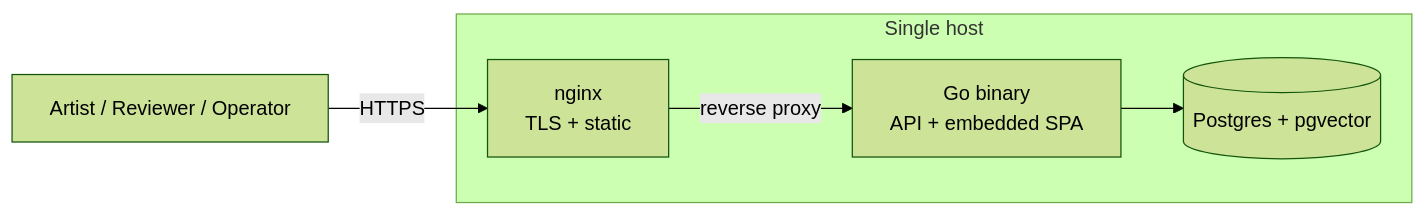
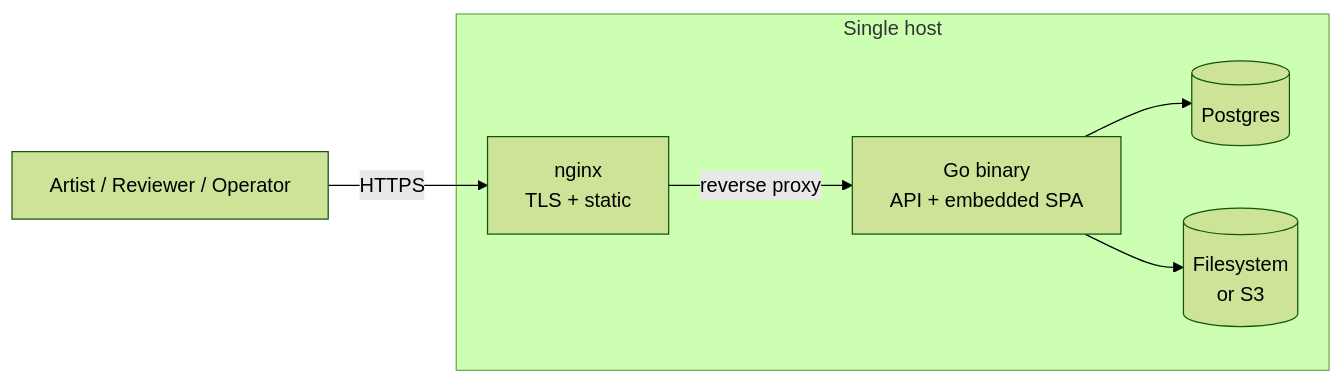
Before and after one commit to Artist-Alley-Org/artist-alley: the diagram in site/src/content/docs/whitepaper/architecture.mdx, drawn with Mermaid (forest theme). The commit also changed other lines of this file and 14 other files, not shown here.

First line of the commit message:
docs+ci: refresh site copy, add roadmap, auto-generate install config, port 18188

````diff
--- a/site/src/content/docs/whitepaper/architecture.mdx
+++ b/site/src/content/docs/whitepaper/architecture.mdx
@@ -10,11 +10,13 @@
 ```mermaid
 flowchart LR
   subgraph host[Single host]
     nginx[nginx<br/>TLS + static]
     app[Go binary<br/>API + embedded SPA]
-    pg[(Postgres + pgvector)]
+    pg[(Postgres)]
+    storage[(Filesystem<br/>or S3)]
     nginx -->|reverse proxy| app
     app --> pg
+    app --> storage
   end
   user[Artist / Reviewer / Operator] -->|HTTPS| nginx
 ```
````
